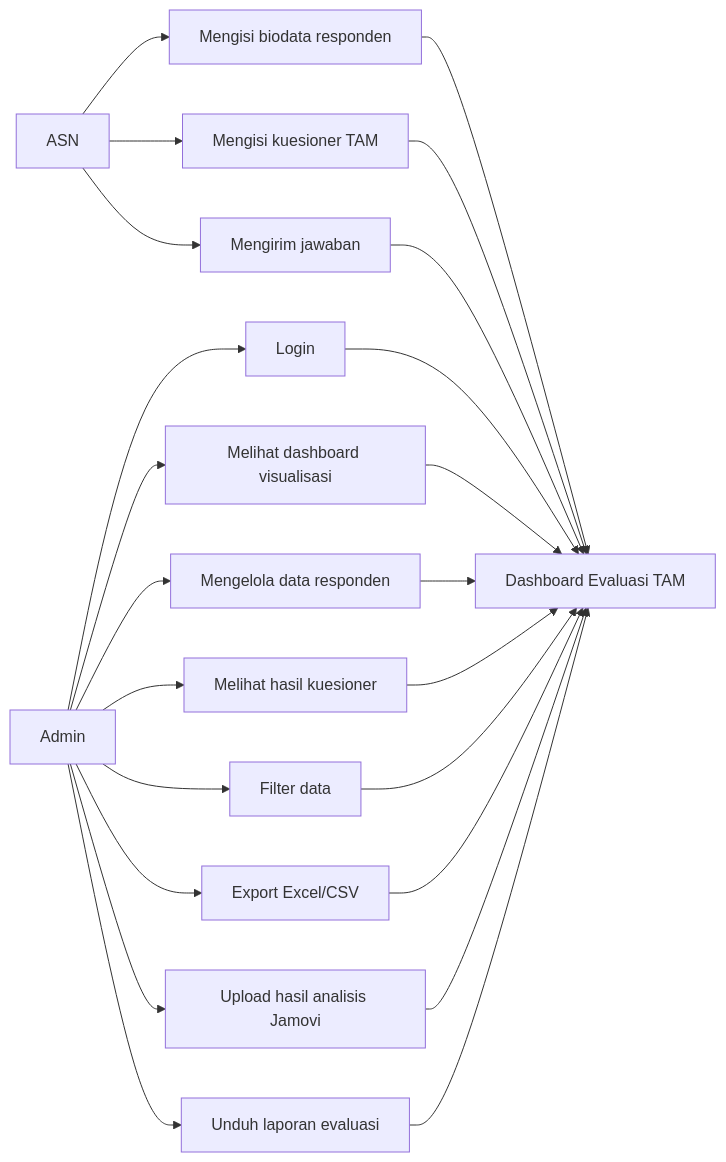
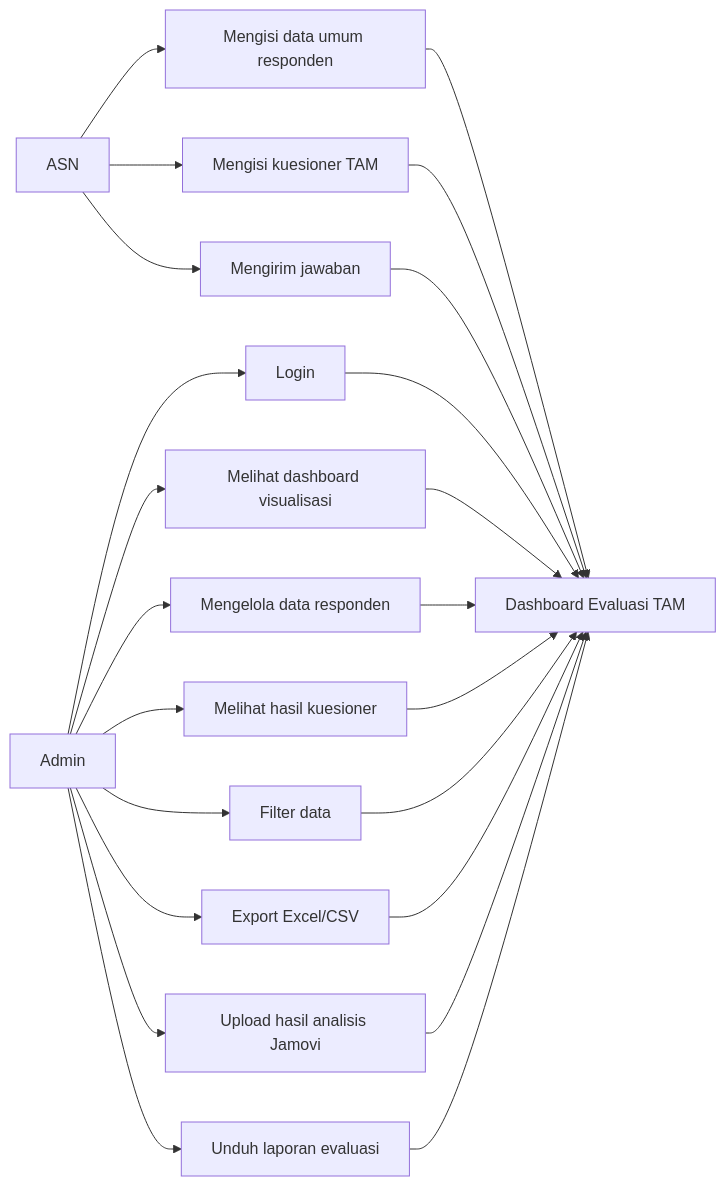
Before and after one commit to Gin-Gone26/dashboard-evaluasi-bebeong: the diagram in docs/use_case.md, drawn with Mermaid. The commit also changed other lines of this file and 14 other files, not shown here.

Commit message:
Menganonimkan data responden dan menetralkan tampilan

````diff
--- a/docs/use_case.md
+++ b/docs/use_case.md
@@ -3,31 +3,31 @@
 ```mermaid
 flowchart LR
     ASN["ASN"]
     Admin["Admin"]
     Sistem["Dashboard Evaluasi TAM"]
 
-    ASN --> UC1["Mengisi biodata responden"]
+    ASN --> UC1["Mengisi data umum responden"]
     ASN --> UC2["Mengisi kuesioner TAM"]
     ASN --> UC3["Mengirim jawaban"]
 
     Admin --> UC4["Login"]
     Admin --> UC5["Melihat dashboard visualisasi"]
     Admin --> UC6["Mengelola data responden"]
     Admin --> UC7["Melihat hasil kuesioner"]
     Admin --> UC8["Filter data"]
     Admin --> UC9["Export Excel/CSV"]
     Admin --> UC10["Upload hasil analisis Jamovi"]
     Admin --> UC11["Unduh laporan evaluasi"]
 
     UC1 --> Sistem
     UC2 --> Sistem
     UC3 --> Sistem
     UC4 --> Sistem
     UC5 --> Sistem
     UC6 --> Sistem
     UC7 --> Sistem
     UC8 --> Sistem
     UC9 --> Sistem
     UC10 --> Sistem
     UC11 --> Sistem
 ```
````
